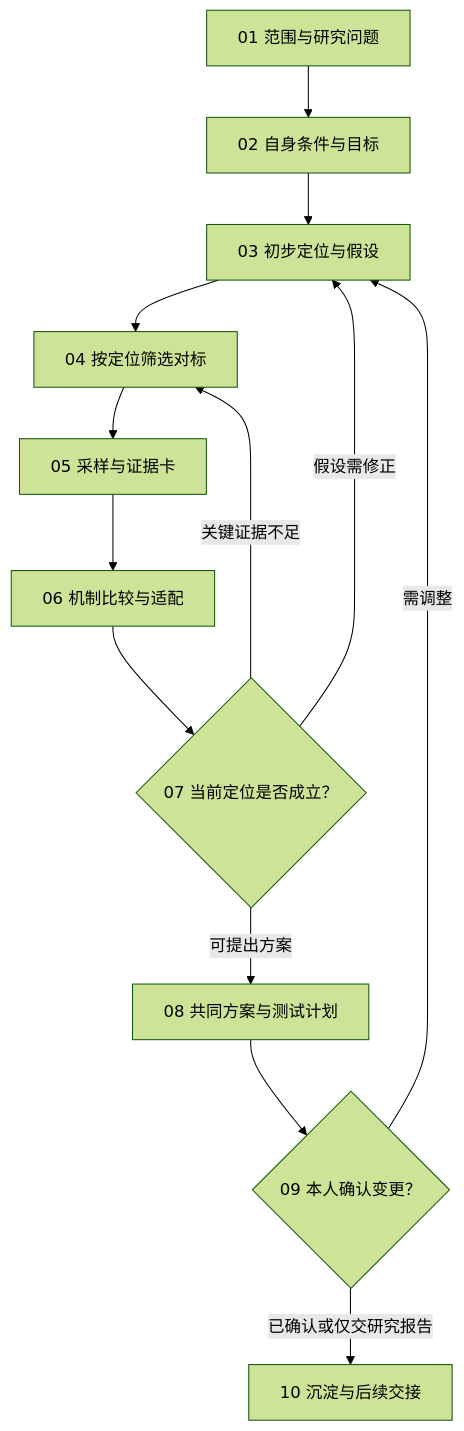
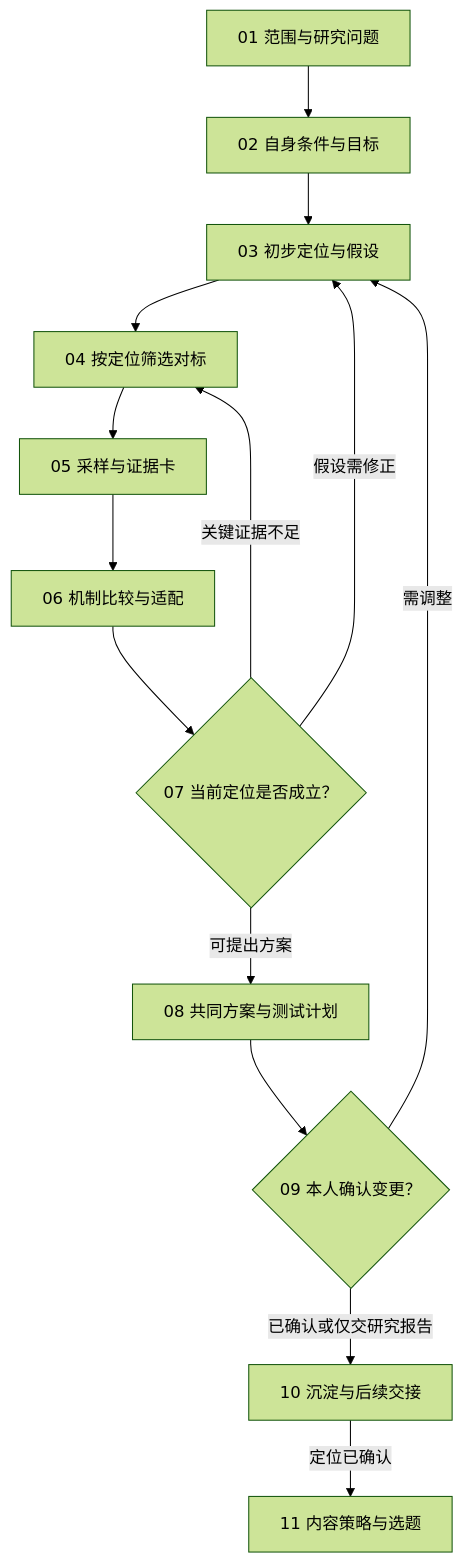
The diagram in 骨架/agent/sop/账号定位与对标分析.md (oTATo-Boss/AI-SMA), drawn with Mermaid (forest theme) before and after one commit. The commit also changed other lines of this file and 15 other files, not shown here.

````diff
--- a/骨架/agent/sop/账号定位与对标分析.md
+++ b/骨架/agent/sop/账号定位与对标分析.md
@@ -7,15 +9,16 @@
 ```mermaid
 flowchart TD
   P01["01 范围与研究问题"] --> P02["02 自身条件与目标"]
   P02 --> P03["03 初步定位与假设"]
   P03 --> P04["04 按定位筛选对标"]
   P04 --> P05["05 采样与证据卡"]
   P05 --> P06["06 机制比较与适配"]
   P06 --> P07{"07 当前定位是否成立？"}
   P07 -->|"假设需修正"| P03
   P07 -->|"关键证据不足"| P04
   P07 -->|"可提出方案"| P08["08 共同方案与测试计划"]
   P08 --> P09{"09 本人确认变更？"}
   P09 -->|"需调整"| P03
   P09 -->|"已确认或仅交研究报告"| P10["10 沉淀与后续交接"]
+  P10 -->|"定位已确认"| P11["11 内容策略与选题"]
 ```
````
